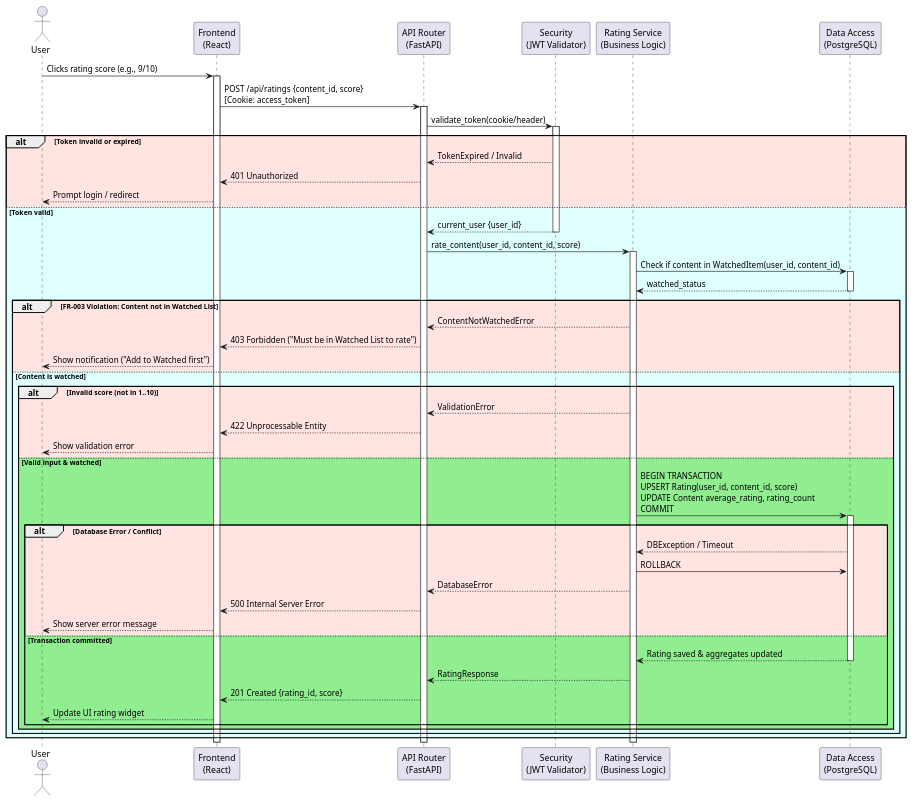
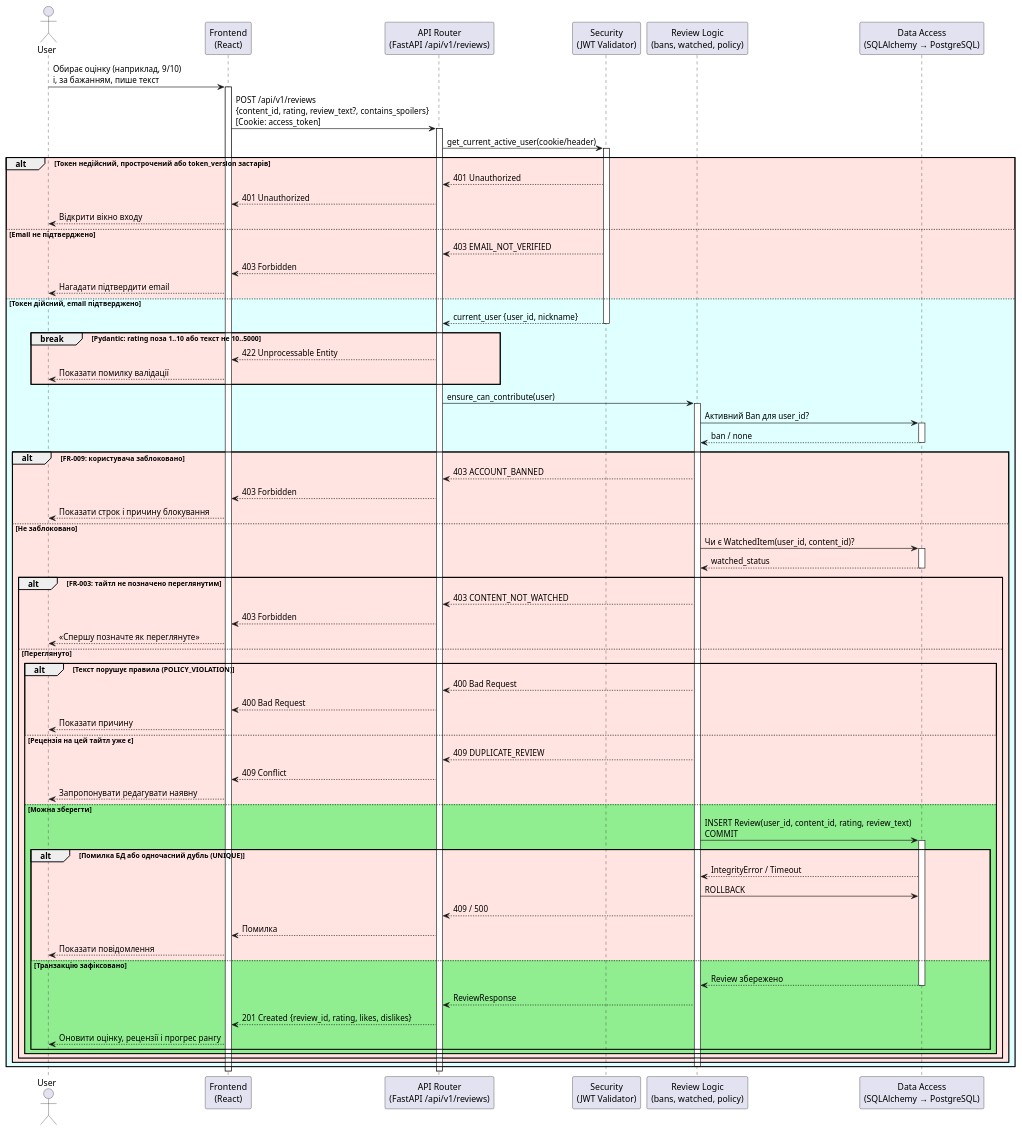
The diagram in docs/architecture/uml/sequence-diagram.puml (ukma-fin-ssdm-2026/ctrl-alt-defeat), drawn with PlantUML before and after one commit. The commit also changed 2 other files, not shown here.

Commit message:
docs: update sequence, activity and component diagrams to the implemented flows

```diff
--- a/docs/architecture/uml/sequence-diagram.puml
+++ b/docs/architecture/uml/sequence-diagram.puml
@@ -1,65 +1,88 @@
 @startuml
+' Оцінювання контенту: оцінка 1–10 з необов'язковим текстом рецензії (FR-003, FR-004)
 actor "User" as User
 participant "Frontend\n(React)" as UI
-participant "API Router\n(FastAPI)" as Router
+participant "API Router\n(FastAPI /api/v1/reviews)" as Router
 participant "Security\n(JWT Validator)" as Sec
-participant "Rating Service\n(Business Logic)" as Service
-participant "Data Access\n(PostgreSQL)" as DB
+participant "Review Logic\n(bans, watched, policy)" as Service
+participant "Data Access\n(SQLAlchemy → PostgreSQL)" as DB
 
-User -> UI : Clicks rating score (e.g., 9/10)
+User -> UI : Обирає оцінку (наприклад, 9/10)\nі, за бажанням, пише текст
 activate UI
 
-UI -> Router : POST /api/ratings {content_id, score}\n[Cookie: access_token]
+UI -> Router : POST /api/v1/reviews\n{content_id, rating, review_text?, contains_spoilers}\n[Cookie: access_token]
 activate Router
 
-Router -> Sec : validate_token(cookie/header)
-activate Sec
-alt #MistyRose Token invalid or expired
-    Sec --> Router : TokenExpired / Invalid
-    Router --> UI : 401 Unauthorized
-    UI --> User : Prompt login / redirect
-else #LightCyan Token valid
-    Sec --> Router : current_user {user_id}
-    deactivate Sec
+    Router -> Sec : get_current_active_user(cookie/header)
+    activate Sec
+    alt #MistyRose Токен недійсний, прострочений або token_version застарів
+        Sec --> Router : 401 Unauthorized
+        Router --> UI : 401 Unauthorized
+        UI --> User : Відкрити вікно входу
+    else #MistyRose Email не підтверджено
+        Sec --> Router : 403 EMAIL_NOT_VERIFIED
+        Router --> UI : 403 Forbidden
+        UI --> User : Нагадати підтвердити email
+    else #LightCyan Токен дійсний, email підтверджено
+        Sec --> Router : current_user {user_id, nickname}
+        deactivate Sec
 
-    Router -> Service : rate_content(user_id, content_id, score)
-    activate Service
+        break #MistyRose Pydantic: rating поза 1..10 або текст не 10..5000
+            Router --> UI : 422 Unprocessable Entity
+            UI --> User : Показати помилку валідації
+        end
 
-    Service -> DB : Check if content in WatchedItem(user_id, content_id)
-    activate DB
-    DB --> Service : watched_status
-    deactivate DB
+        Router -> Service : ensure_can_contribute(user)
+        activate Service
+        Service -> DB : Активний Ban для user_id?
+        activate DB
+        DB --> Service : ban / none
+        deactivate DB
 
-    alt #MistyRose FR-003 Violation: Content not in Watched List
-        Service --> Router : ContentNotWatchedError
-        Router --> UI : 403 Forbidden ("Must be in Watched List to rate")
-        UI --> User : Show notification ("Add to Watched first")
-    else #LightCyan Content is watched
-        alt #MistyRose Invalid score (not in 1..10)
-            Service --> Router : ValidationError
-            Router --> UI : 422 Unprocessable Entity
-            UI --> User : Show validation error
-        else #LightGreen Valid input & watched
-            Service -> DB : BEGIN TRANSACTION\nUPSERT Rating(user_id, content_id, score)\nUPDATE Content average_rating, rating_count\nCOMMIT
+        alt #MistyRose FR-009: користувача заблоковано
+            Service --> Router : 403 ACCOUNT_BANNED
+            Router --> UI : 403 Forbidden
+            UI --> User : Показати строк і причину блокування
+        else Не заблоковано
+            Service -> DB : Чи є WatchedItem(user_id, content_id)?
             activate DB
-            alt #MistyRose Database Error / Conflict
-                DB --> Service : DBException / Timeout
-                Service -> DB : ROLLBACK
-                Service --> Router : DatabaseError
-                Router --> UI : 500 Internal Server Error
-                UI --> User : Show server error message
-            else #LightGreen Transaction committed
-                DB --> Service : Rating saved & aggregates updated
-                deactivate DB
+            DB --> Service : watched_status
+            deactivate DB
 
-                Service --> Router : RatingResponse
-                Router --> UI : 201 Created {rating_id, score}
-                UI --> User : Update UI rating widget
+            alt #MistyRose FR-003: тайтл не позначено переглянутим
+                Service --> Router : 403 CONTENT_NOT_WATCHED
+                Router --> UI : 403 Forbidden
+                UI --> User : «Спершу позначте як переглянуте»
+            else Переглянуто
+                alt #MistyRose Текст порушує правила (POLICY_VIOLATION)
+                    Service --> Router : 400 Bad Request
+                    Router --> UI : 400 Bad Request
+                    UI --> User : Показати причину
+                else #MistyRose Рецензія на цей тайтл уже є
+                    Service --> Router : 409 DUPLICATE_REVIEW
+                    Router --> UI : 409 Conflict
+                    UI --> User : Запропонувати редагувати наявну
+                else #LightGreen Можна зберегти
+                    Service -> DB : INSERT Review(user_id, content_id, rating, review_text)\nCOMMIT
+                    activate DB
+                    alt #MistyRose Помилка БД або одночасний дубль (UNIQUE)
+                        DB --> Service : IntegrityError / Timeout
+                        Service -> DB : ROLLBACK
+                        Service --> Router : 409 / 500
+                        Router --> UI : Помилка
+                        UI --> User : Показати повідомлення
+                    else #LightGreen Транзакцію зафіксовано
+                        DB --> Service : Review збережено
+                        deactivate DB
+                        Service --> Router : ReviewResponse
+                        Router --> UI : 201 Created {review_id, rating, likes, dislikes}
+                        UI --> User : Оновити оцінку, рецензії і прогрес рангу
+                    end
+                end
             end
         end
+        deactivate Service
     end
-end
-deactivate Service
 deactivate Router
 deactivate UI
 @enduml
```
